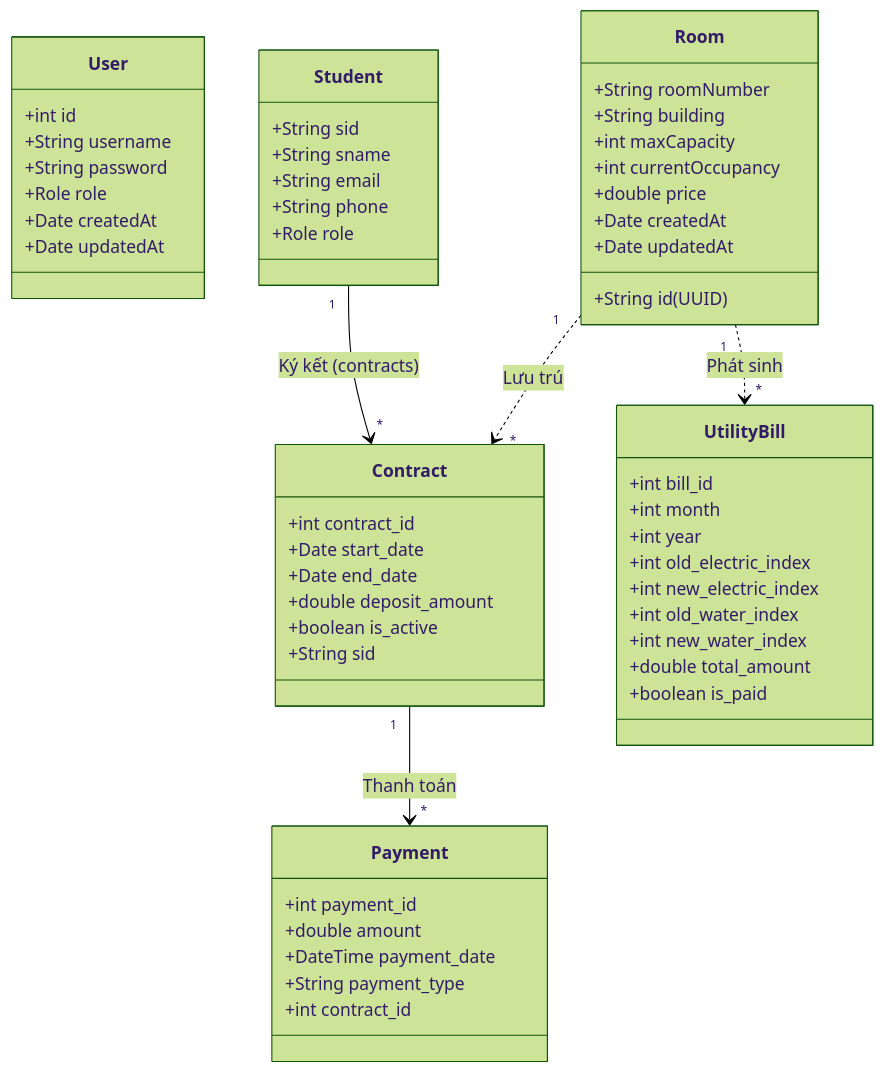
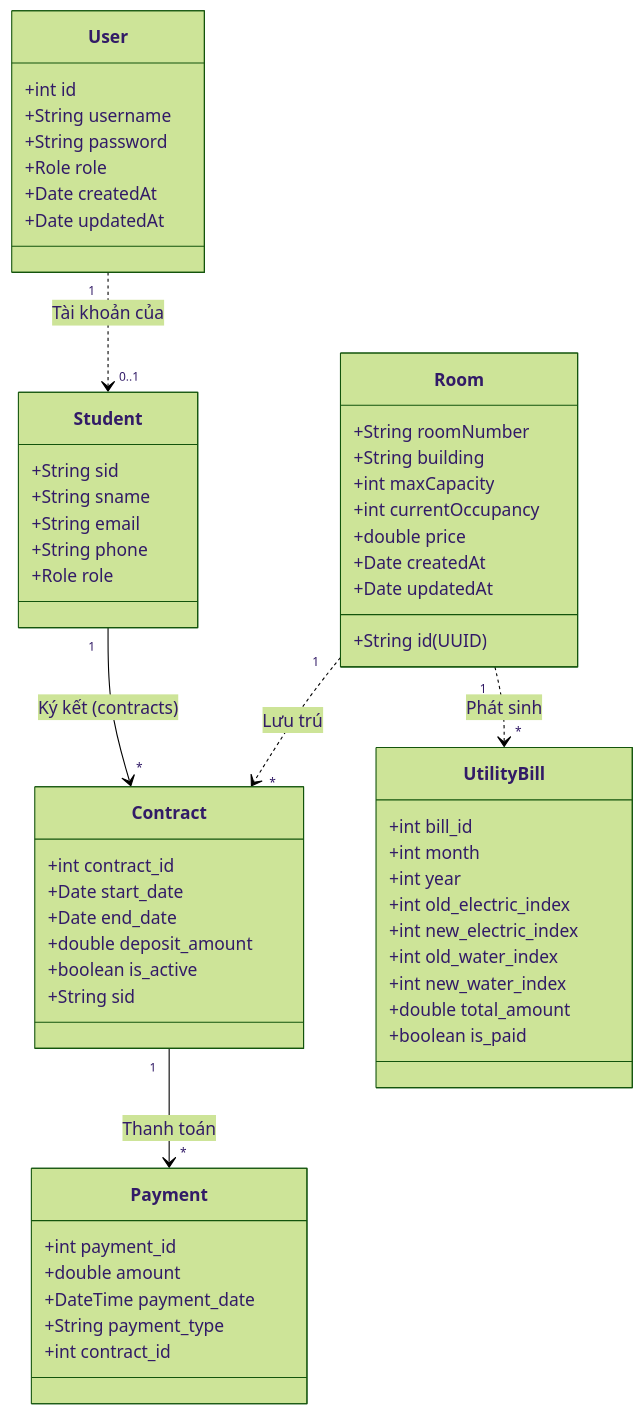
The diagram in readme.md (NhomBTL-Webnangcao-Tdz/NhomBTL-Webnangcao-Tdz123), drawn with Mermaid (forest theme) before and after one commit. The commit also changed other lines of this file and 3 other files, not shown here.

````diff
--- a/readme.md
+++ b/readme.md
@@ -171,64 +209,65 @@
 ```mermaid
 classDiagram
     class User {
         +int id
         +String username
         +String password
         +Role role
         +Date createdAt
         +Date updatedAt
     }
 
     class Student {
         +String sid
         +String sname
         +String email
         +String phone
         +Role role
     }
 
     class Room {
         +String id (UUID)
         +String roomNumber
         +String building
         +int maxCapacity
         +int currentOccupancy
         +double price
         +Date createdAt
         +Date updatedAt
     }
 
     class Contract {
         +int contract_id
         +Date start_date
         +Date end_date
         +double deposit_amount
         +boolean is_active
         +String sid
     }
 
     class UtilityBill {
         +int bill_id
         +int month
         +int year
         +int old_electric_index
         +int new_electric_index
         +int old_water_index
         +int new_water_index
         +double total_amount
         +boolean is_paid
     }
 
     class Payment {
         +int payment_id
         +double amount
         +DateTime payment_date
         +String payment_type
         +int contract_id
     }
 
     Student "1" --> "*" Contract : Ký kết (contracts)
     Room "1" ..> "*" Contract : Lưu trú
     Room "1" ..> "*" UtilityBill : Phát sinh
     Contract "1" --> "*" Payment : Thanh toán
+    User "1" ..> "0..1" Student : Tài khoản của
 ```
````
